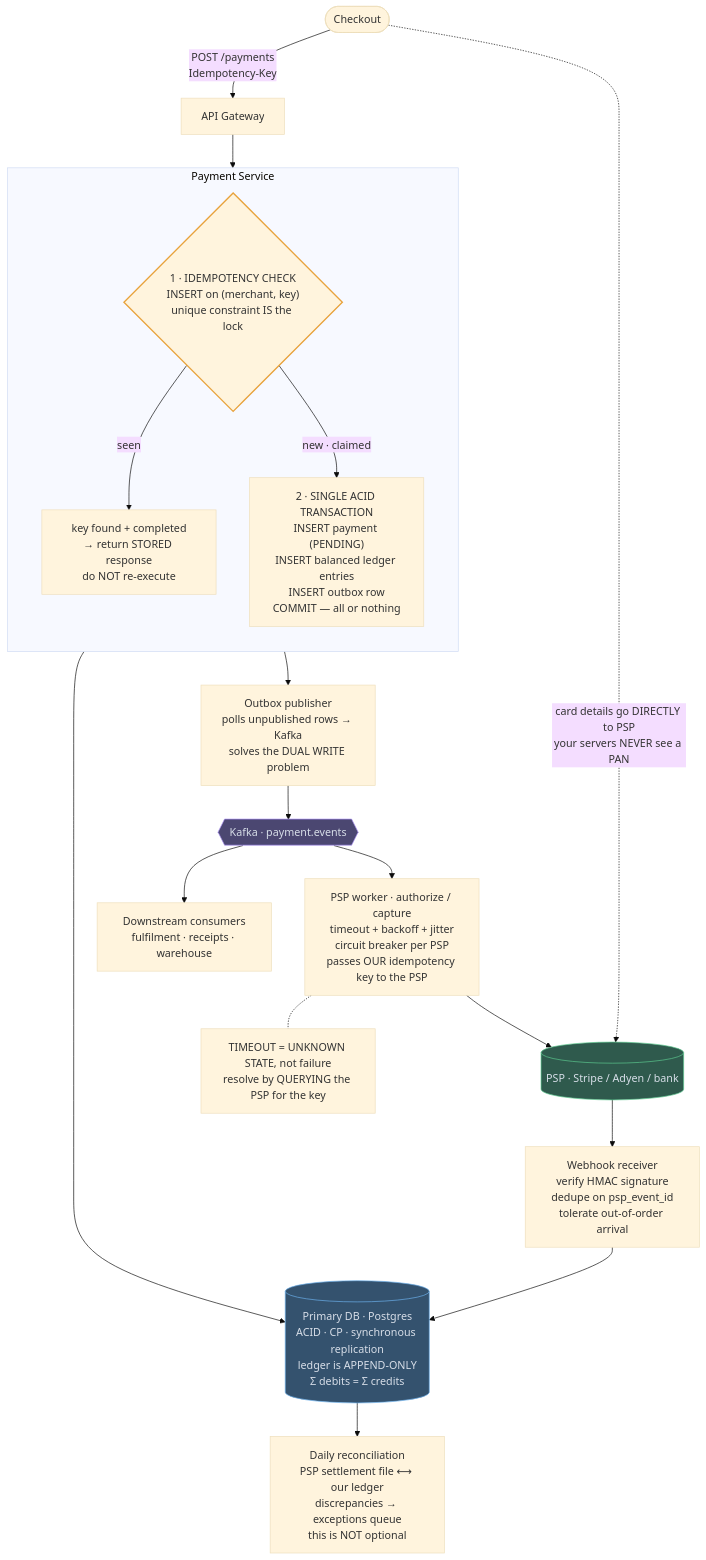
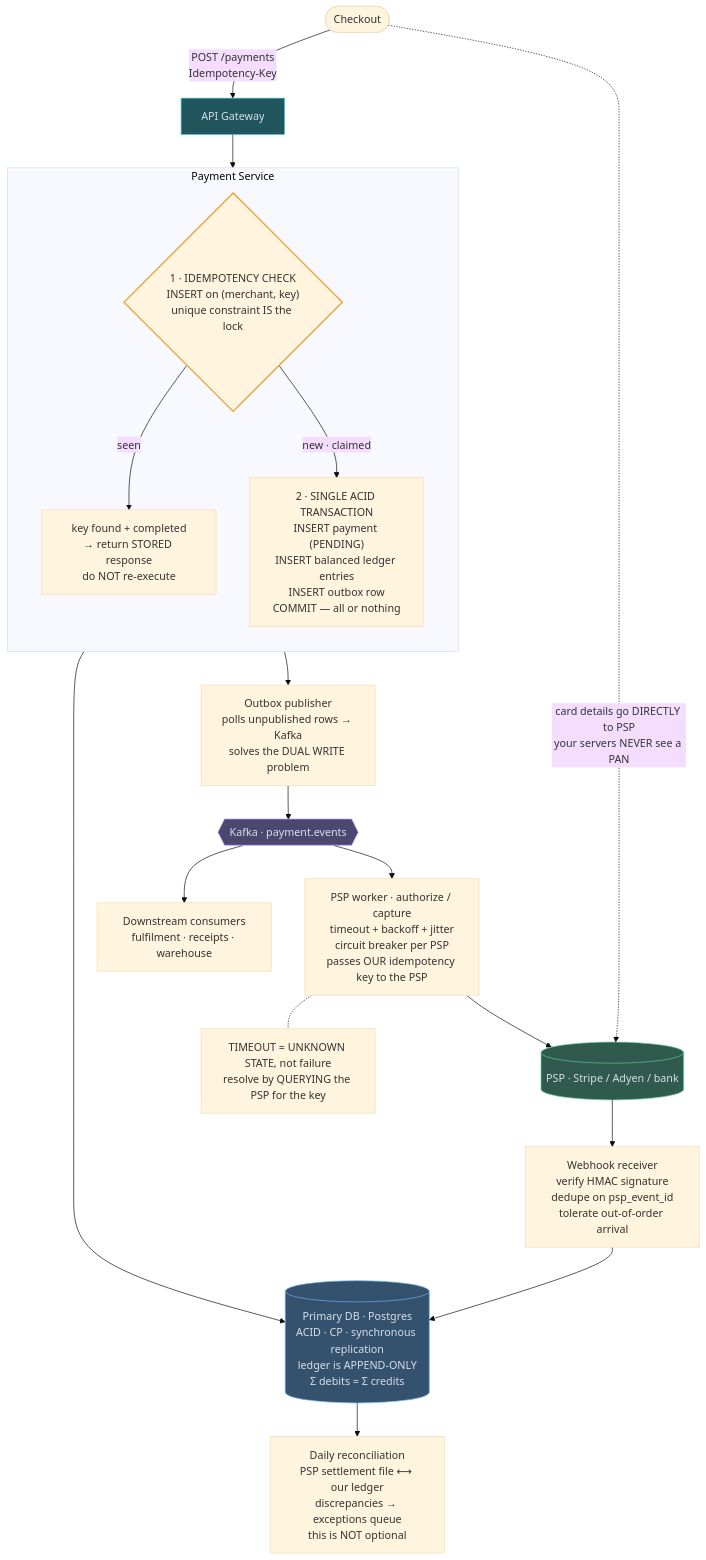
One commit to mertkahyaoglu/atlas changed the diagram in content/designs/10-payment-system.md. Above: the diagram before and after it, drawn with Mermaid (base theme). The commit also changed 16 other files, not shown here.

First line of the commit message:
Split store into db/cache/blob; color gateway and load-balancer nodes

````diff
--- a/content/designs/10-payment-system.md
+++ b/content/designs/10-payment-system.md
@@ -117,39 +117,41 @@
 ```mermaid
 flowchart TB
     Checkout([Checkout]) -- "POST /payments<br/>Idempotency-Key" --> GW[API Gateway]
     Checkout -. "card details go DIRECTLY to PSP<br/>your servers NEVER see a PAN" .-> PSP
 
     subgraph PAY ["Payment Service"]
         direction TB
         Idem{"1 · IDEMPOTENCY CHECK<br/>INSERT on (merchant, key)<br/>unique constraint IS the lock"}
         Found["key found + completed<br/>→ return STORED response<br/>do NOT re-execute"]
         Txn["2 · SINGLE ACID TRANSACTION<br/>INSERT payment (PENDING)<br/>INSERT balanced ledger entries<br/>INSERT outbox row<br/>COMMIT — all or nothing"]
         Idem -- "seen" --> Found
         Idem -- "new · claimed" --> Txn
     end
     GW --> Idem
 
     Txn --> DB[("Primary DB · Postgres<br/>ACID · CP · synchronous replication<br/>ledger is APPEND-ONLY<br/>Σ debits = Σ credits")]
     Txn --> Outbox["Outbox publisher<br/>polls unpublished rows → Kafka<br/>solves the DUAL WRITE problem"]
     Outbox --> Events{{"Kafka · payment.events"}}
     Events --> Downstream["Downstream consumers<br/>fulfilment · receipts · warehouse"]
     Events --> Worker["PSP worker · authorize / capture<br/>timeout + backoff + jitter<br/>circuit breaker per PSP<br/>passes OUR idempotency key to the PSP"]
     Worker -.- Timeout["TIMEOUT = UNKNOWN STATE, not failure<br/>resolve by QUERYING the PSP for the key"]
 
     Worker --> PSP[("PSP · Stripe / Adyen / bank")]
     PSP --> Hook["Webhook receiver<br/>verify HMAC signature<br/>dedupe on psp_event_id<br/>tolerate out-of-order arrival"]
     Hook --> DB
     DB --> Recon["Daily reconciliation<br/>PSP settlement file ⟷ our ledger<br/>discrepancies → exceptions queue<br/>this is NOT optional"]
 
-    classDef store fill:#34526e,stroke:#6cb2ee,color:#d7dee8
+    classDef db fill:#34526e,stroke:#6cb2ee,color:#d7dee8
     classDef queue fill:#4b4771,stroke:#ad94f7,color:#d7dee8
     classDef external fill:#2f5a4d,stroke:#5cc98f,color:#d7dee8
+    classDef gateway fill:#22565e,stroke:#38bdc1,color:#d7dee8
     classDef hot stroke:#e8a33d,stroke-width:2px
-    class DB store
+    class DB db
     class Idem hot
     class Events queue
     class PSP external
+    class GW gateway
 
     click DB href "/docs/02-data-storage" "Role: writes the payment and its ledger entries in one ACID transaction, replicated synchronously.<br/>Trade-off: picks consistency over availability, so writes stop rather than risk money."
     click Events href "/docs/05-async-messaging-and-event-driven" "Role: publishes payment events for fulfilment and receipts, fed by the outbox.<br/>Trade-off: at-least-once delivery, so every consumer must dedupe."
 ```
````
